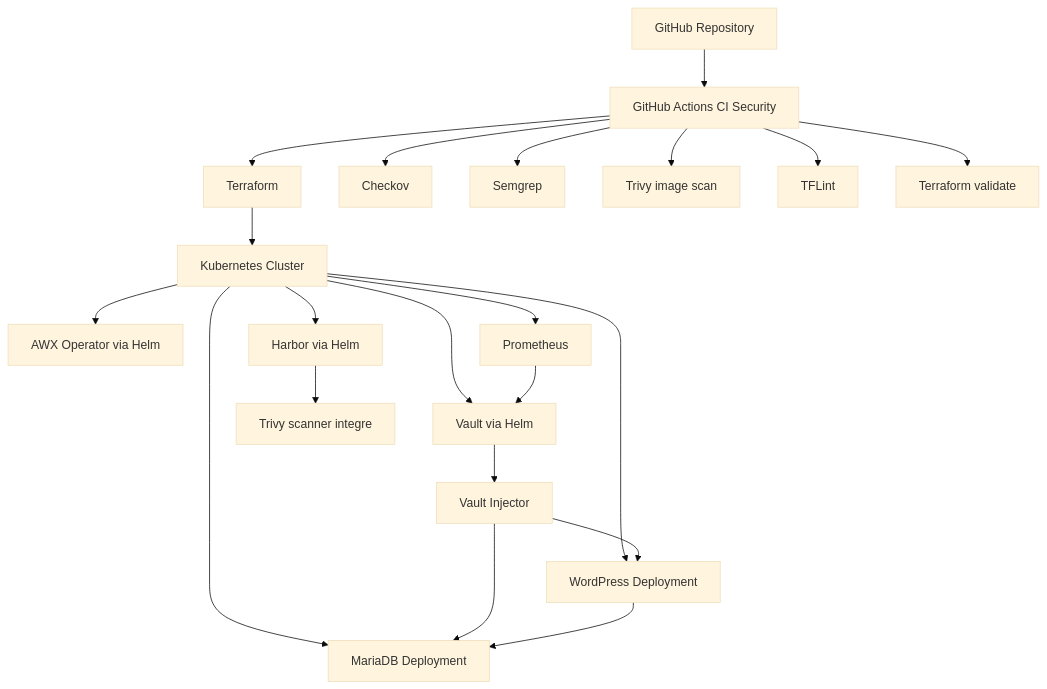
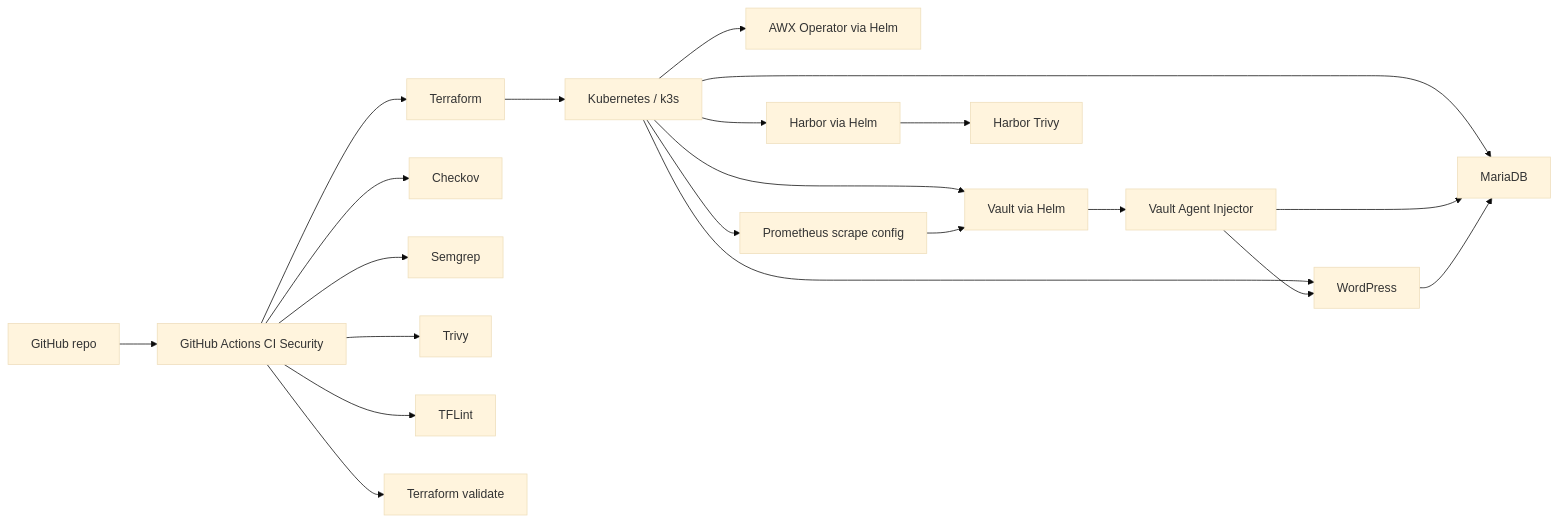
Before and after one commit to RobinThiriet/Vault_Terraform_GitHub_Actions_Securisee: the second of 3 diagrams in README.md, drawn with Mermaid (base theme). The commit also changed other lines of this file and 1 other file, not shown here.

````diff
--- a/README.md
+++ b/README.md
@@ -66,27 +126,27 @@
 ```mermaid
-flowchart TB
-    GH[GitHub Repository] --> GHA[GitHub Actions CI Security]
-    GHA --> TF[Terraform]
-    TF --> K8S[Kubernetes Cluster]
+flowchart LR
+    GH[GitHub repo] --> CI[GitHub Actions CI Security]
+    CI --> TF[Terraform]
+    TF --> K8S[Kubernetes / k3s]
 
     K8S --> V[Vault via Helm]
     K8S --> A[AWX Operator via Helm]
     K8S --> H[Harbor via Helm]
-    K8S --> W[WordPress Deployment]
-    K8S --> M[MariaDB Deployment]
-    K8S --> P[Prometheus]
+    K8S --> W[WordPress]
+    K8S --> M[MariaDB]
+    K8S --> P[Prometheus scrape config]
 
-    V --> VI[Vault Injector]
-    VI --> W
-    VI --> M
+    V --> INJ[Vault Agent Injector]
+    INJ --> W
+    INJ --> M
 
     W --> M
     P --> V
-    H --> HT[Trivy scanner integre]
+    H --> HTRI[Harbor Trivy]
 
-    GHA --> CK[Checkov]
-    GHA --> SG[Semgrep]
-    GHA --> TV[Trivy image scan]
-    GHA --> TL[TFLint]
-    GHA --> TVAL[Terraform validate]
+    CI --> CK[Checkov]
+    CI --> SG[Semgrep]
+    CI --> TV[Trivy]
+    CI --> TL[TFLint]
+    CI --> TVAL[Terraform validate]
 ```
````
